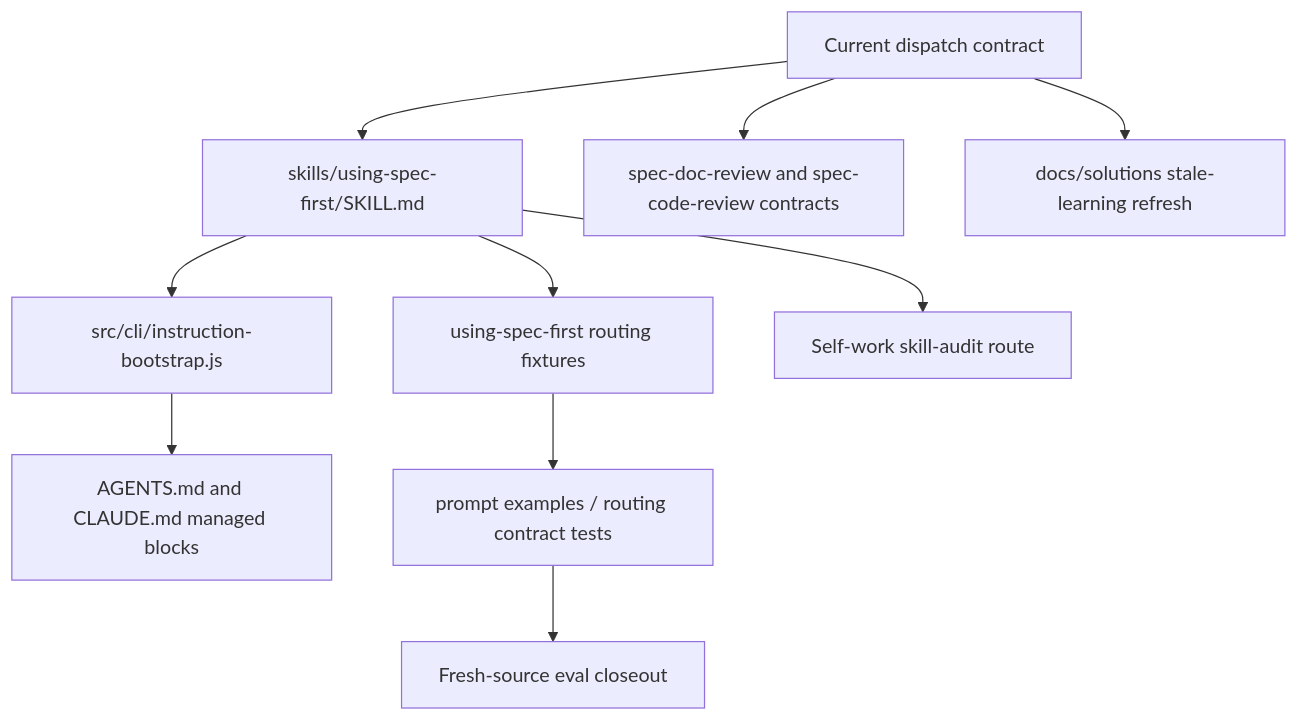
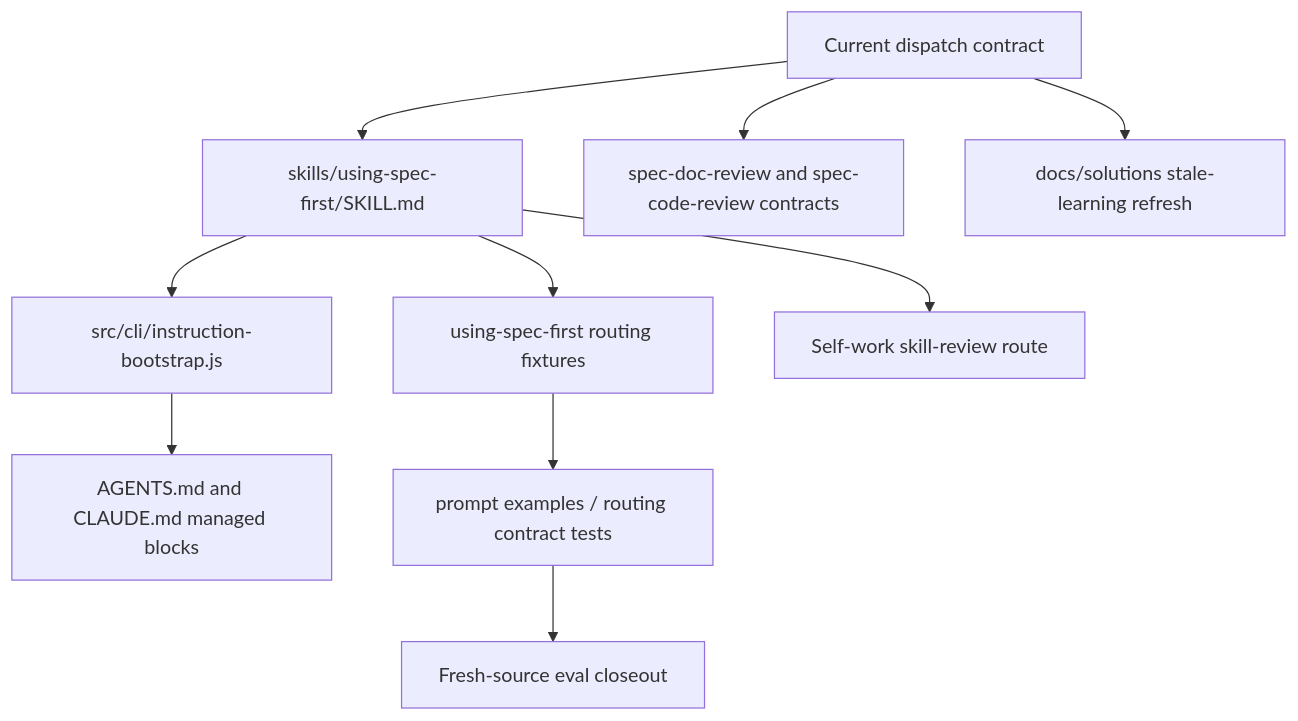
The first of 2 diagrams in docs/plans/2026-06-12-008-fix-using-spec-first-dispatch-governance-plan.md (leo-kuang-ai/spec-first), drawn with Mermaid before and after one commit. The commit also changed other lines of this file and 263 other files, not shown here.

First line of the commit message:
docs(cleanup): 完整清理退役审计工作流与 spec-skill-audit 迁移痕迹

````diff
--- a/docs/plans/2026-06-12-008-fix-using-spec-first-dispatch-governance-plan.md
+++ b/docs/plans/2026-06-12-008-fix-using-spec-first-dispatch-governance-plan.md
@@ -171,12 +171,12 @@
 ```mermaid
 flowchart TB
   Contract[Current dispatch contract] --> FullSkill[skills/using-spec-first/SKILL.md]
   Contract --> ReviewWorkflows[spec-doc-review and spec-code-review contracts]
   FullSkill --> BootstrapGenerator[src/cli/instruction-bootstrap.js]
   BootstrapGenerator --> CheckedInBlocks[AGENTS.md and CLAUDE.md managed blocks]
   FullSkill --> RoutingFixtures[using-spec-first routing fixtures]
   RoutingFixtures --> FixtureTests[prompt examples / routing contract tests]
-  FullSkill --> SkillAuditRoute[Self-work skill-audit route]
+  FullSkill --> SkillAuditRoute[Self-work skill-review route]
   Contract --> DurableDocs[docs/solutions stale-learning refresh]
   FixtureTests --> FreshSourceEval[Fresh-source eval closeout]
 ```
````
